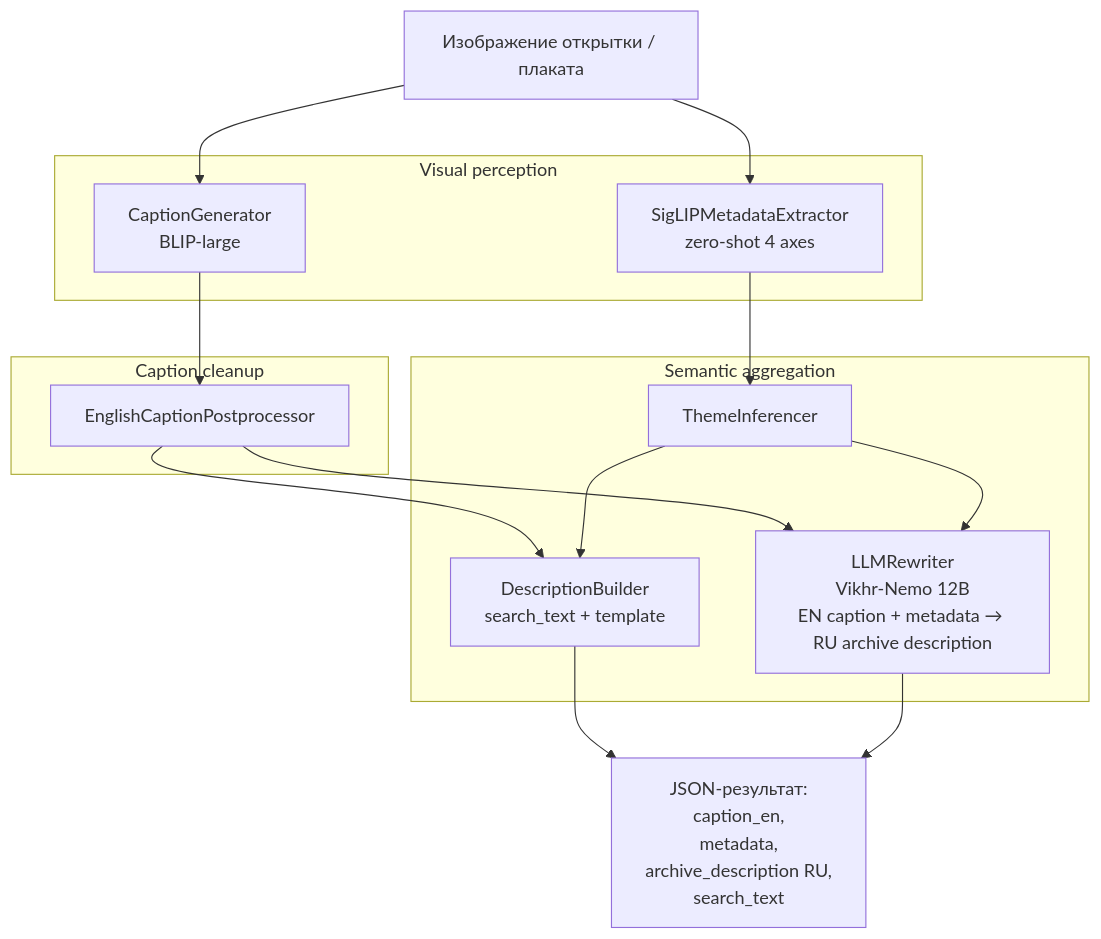
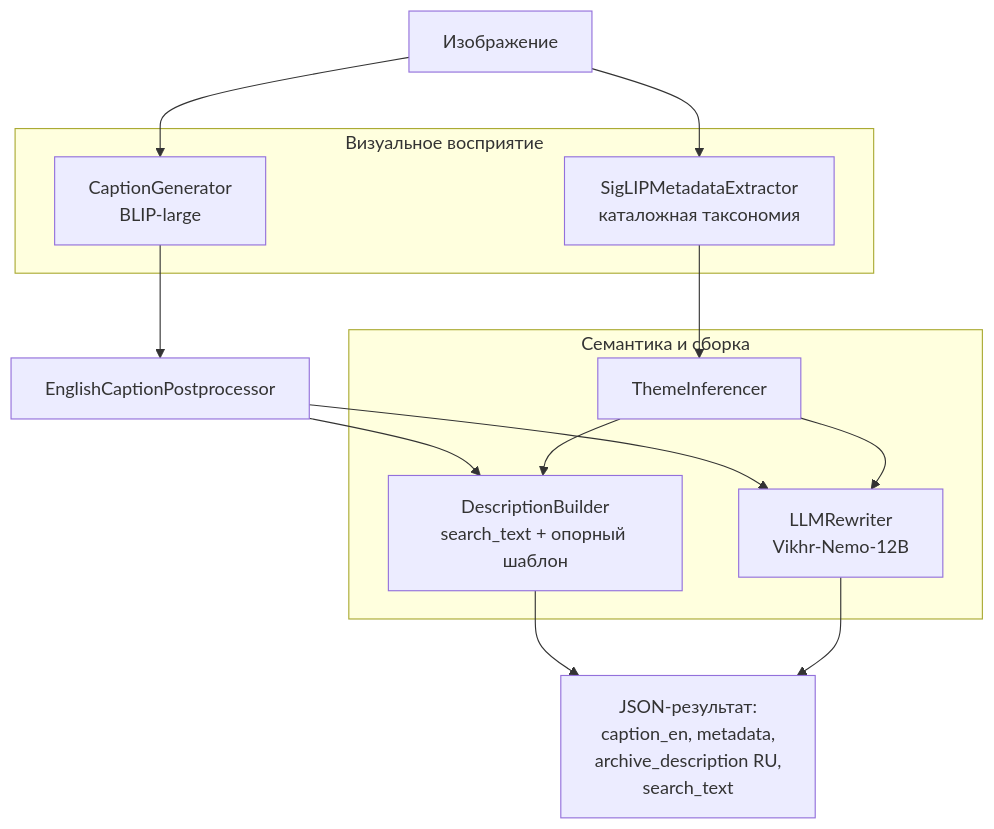
One commit to azat-khatyn/tsu-image-description changed the diagram in README.md. Above: the diagram before and after it, drawn with Mermaid. The commit also changed other lines of this file and 1 other file, not shown here.

````diff
--- a/README.md
+++ b/README.md
@@ -37,32 +23,28 @@
 ```mermaid
 flowchart TD
-    IMG[Изображение открытки / плаката]
+    IMG[Изображение]
 
-    subgraph CV [Visual perception]
+    subgraph CV [Визуальное восприятие]
         BLIP[CaptionGenerator<br/>BLIP-large]
-        SigLIP[SigLIPMetadataExtractor<br/>zero-shot 4 axes]
+        SigLIP[SigLIPMetadataExtractor<br/>каталожная таксономия]
     end
 
-    subgraph CLEAN [Caption cleanup]
-        ENPP[EnglishCaptionPostprocessor]
+    ENPP[EnglishCaptionPostprocessor]
+
+    subgraph SEM [Семантика и сборка]
+        THEME[ThemeInferencer]
+        BUILD[DescriptionBuilder<br/>search_text + опорный шаблон]
+        LLM[LLMRewriter<br/>Vikhr-Nemo-12B]
     end
 
-    subgraph SEM [Semantic aggregation]
-        THEME[ThemeInferencer]
-        BUILD[DescriptionBuilder<br/>search_text + template]
-        LLM[LLMRewriter<br/>Vikhr-Nemo 12B<br/>EN caption + metadata → RU archive description]
-    end
+    OUT[JSON-результат:<br/>caption_en, metadata,<br/>archive_description RU,<br/>search_text]
 
-    OUT[JSON-результат:<br/>caption_en,<br/>metadata,<br/>archive_description RU,<br/>search_text]
-
-    IMG --> BLIP
-    IMG --> SigLIP
-    BLIP --> ENPP
-    SigLIP --> THEME
+    IMG --> BLIP --> ENPP
+    IMG --> SigLIP --> THEME
     ENPP --> BUILD
     THEME --> BUILD
     ENPP --> LLM
     THEME --> LLM
     BUILD --> OUT
     LLM --> OUT
 ```
````
